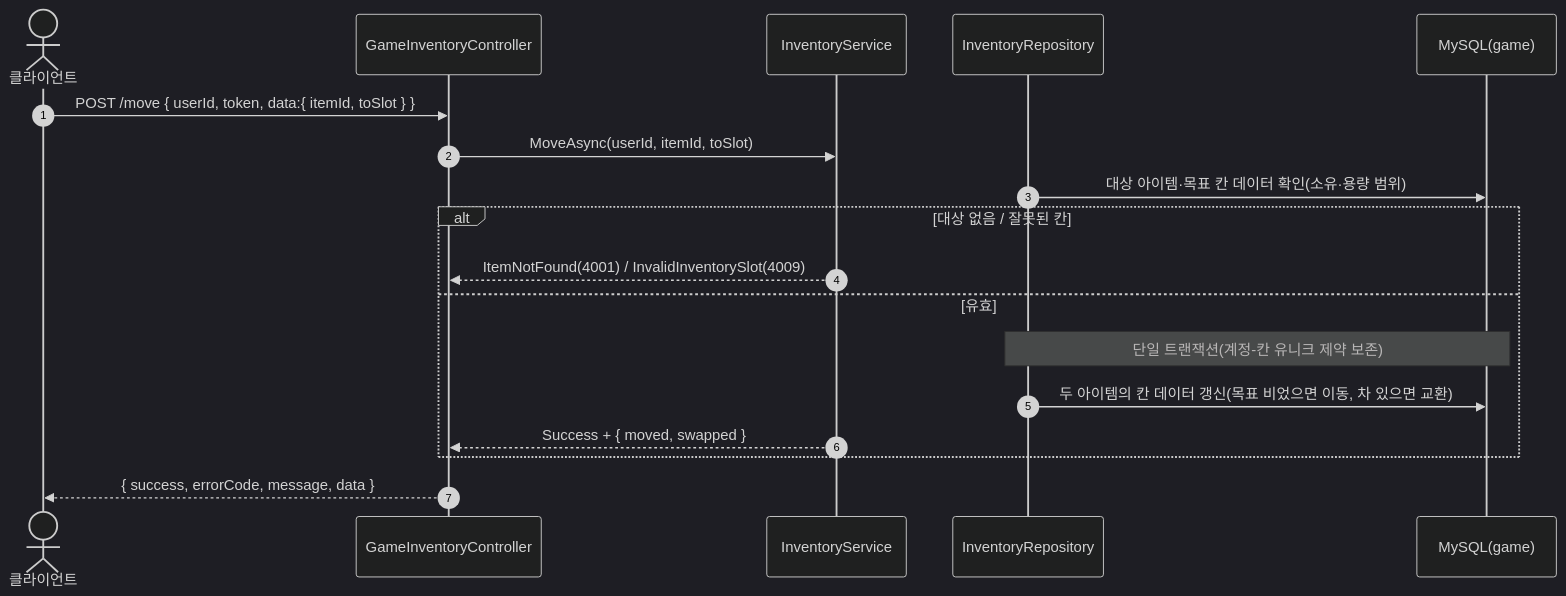
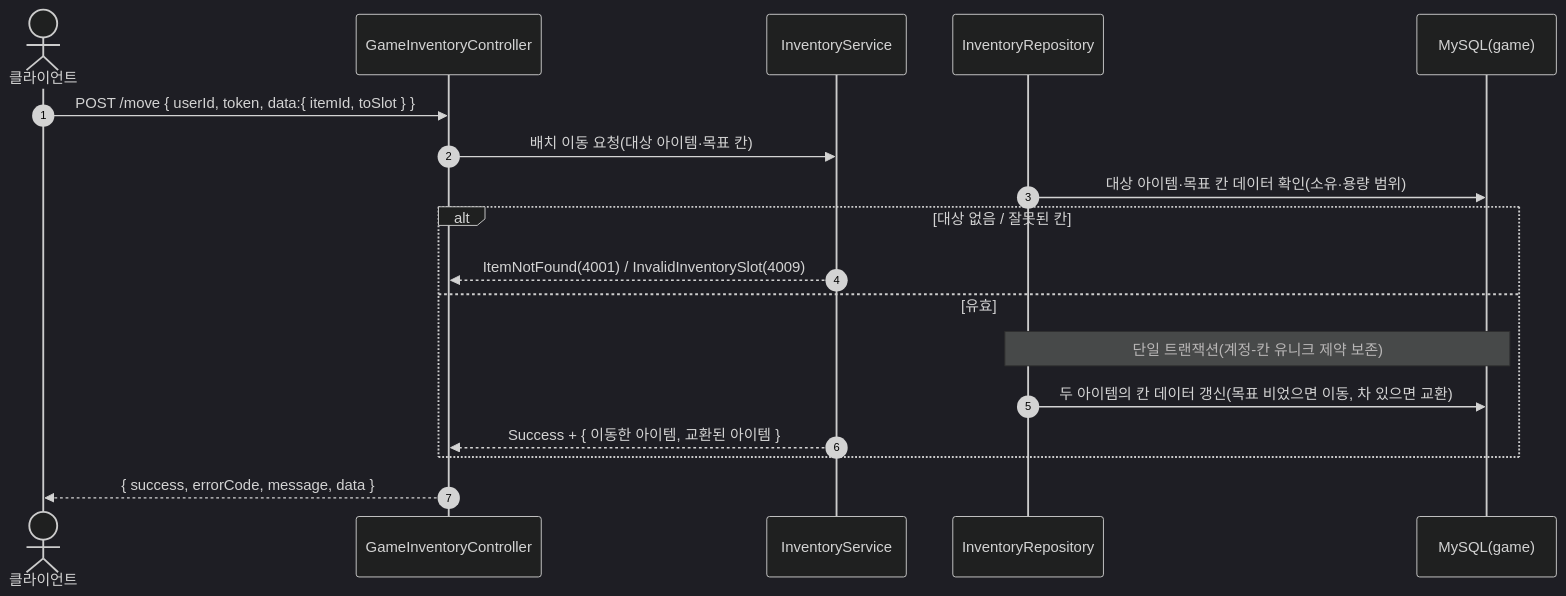
Before and after one commit to ks-wook/com2us-taskbar-hero: the third of 4 diagrams in SequenceDiagram/GameInventoryController.md, drawn with Mermaid (dark theme). The commit also changed other lines of this file and 7 other files, not shown here.

Commit message:
시퀀스 다이어그램 수정

````diff
--- a/SequenceDiagram/GameInventoryController.md
+++ b/SequenceDiagram/GameInventoryController.md
@@ -59,21 +59,21 @@
 ```mermaid
 sequenceDiagram
     autonumber
     actor C as 클라이언트
     participant Ctrl as GameInventoryController
     participant Svc as InventoryService
     participant Repo as InventoryRepository
     participant DB as MySQL(game)
 
     C->>Ctrl: POST /move { userId, token, data:{ itemId, toSlot } }
-    Ctrl->>Svc: MoveAsync(userId, itemId, toSlot)
+    Ctrl->>Svc: 배치 이동 요청(대상 아이템·목표 칸)
     Repo->>DB: 대상 아이템·목표 칸 데이터 확인(소유·용량 범위)
     alt 대상 없음 / 잘못된 칸
         Svc-->>Ctrl: ItemNotFound(4001) / InvalidInventorySlot(4009)
     else 유효
         Note over Repo,DB: 단일 트랜잭션(계정-칸 유니크 제약 보존)
         Repo->>DB: 두 아이템의 칸 데이터 갱신(목표 비었으면 이동, 차 있으면 교환)
-        Svc-->>Ctrl: Success + { moved, swapped }
+        Svc-->>Ctrl: Success + { 이동한 아이템, 교환된 아이템 }
     end
     Ctrl-->>C: { success, errorCode, message, data }
 ```
````
